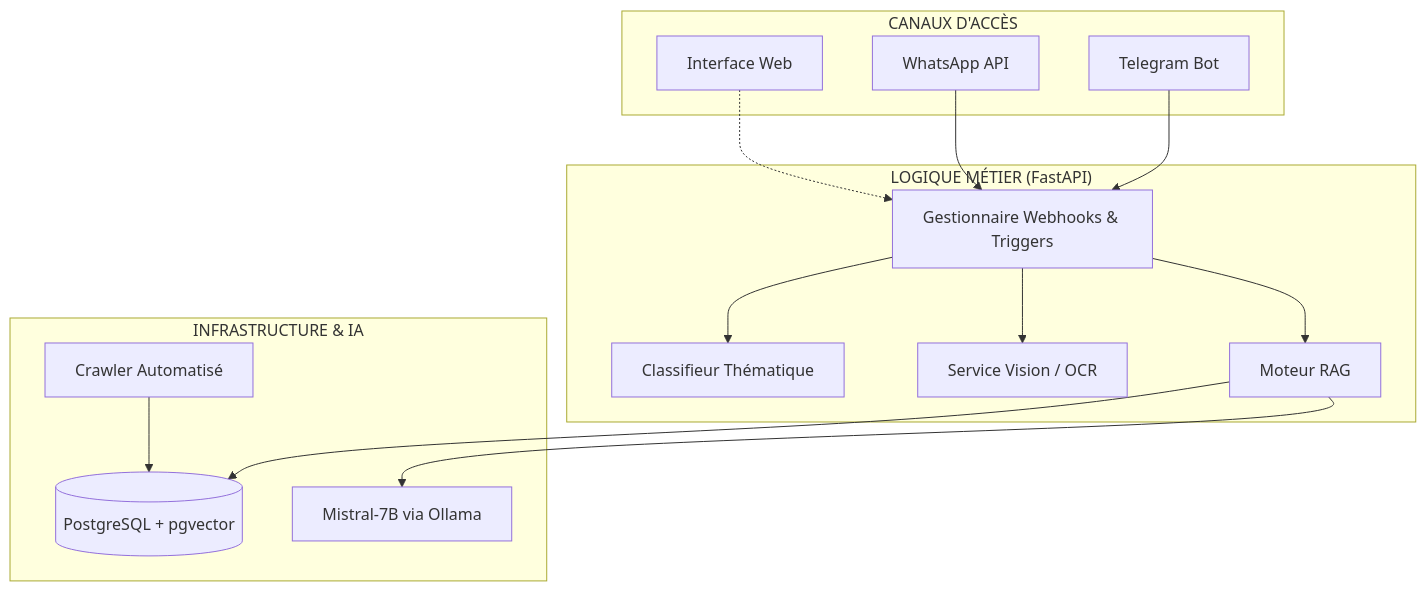
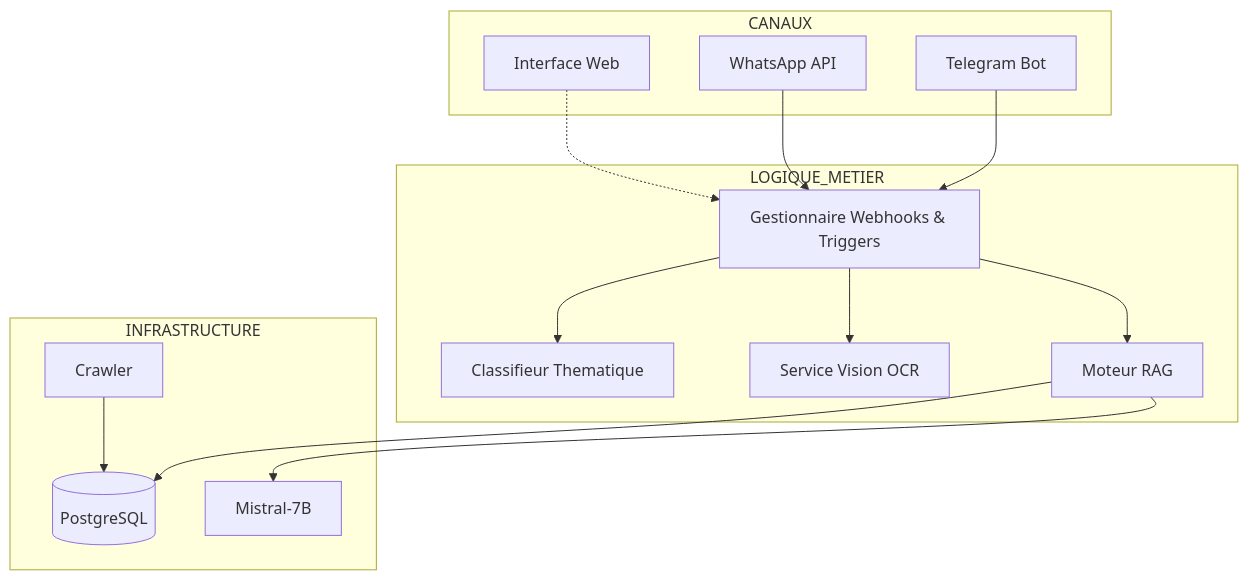
The first of 9 diagrams in ai-service/docs/Chapitre_3_Redaction.md (rooneyi/rdc-news-intelligence), drawn with Mermaid before and after one commit. The commit also changed other lines of this file and 24 other files, not shown here.

````diff
--- a/ai-service/docs/Chapitre_3_Redaction.md
+++ b/ai-service/docs/Chapitre_3_Redaction.md
@@ -56,33 +46,33 @@
 ```mermaid
 graph TD
-    subgraph "CANAUX D'ACCÈS"
+    subgraph CANAUX
         W[Interface Web]
         WA[WhatsApp API]
         TG[Telegram Bot]
     end
 
-    subgraph "LOGIQUE MÉTIER (FastAPI)"
+    subgraph LOGIQUE_METIER
         WH[Gestionnaire Webhooks & Triggers]
-        CLS[Classifieur Thématique]
-        OCR[Service Vision / OCR]
+        CLS[Classifieur Thematique]
+        OCR[Service Vision OCR]
         RAG[Moteur RAG]
     end
 
-    subgraph "INFRASTRUCTURE & IA"
-        DB[(PostgreSQL + pgvector)]
-        LLM[Mistral-7B via Ollama]
-        CR[Crawler Automatisé]
+    subgraph INFRASTRUCTURE
+        DB[(PostgreSQL)]
+        LLM[Mistral-7B]
+        CR[Crawler]
     end
 
     W -.-> WH
     WA --> WH
     TG --> WH
     
     WH --> CLS
     WH --> OCR
     WH --> RAG
     
     RAG --> DB
     RAG --> LLM
     CR --> DB
 ```
````
